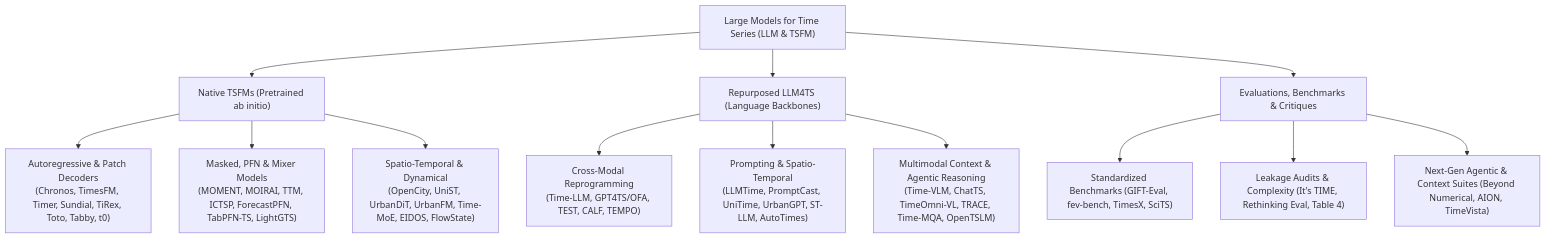
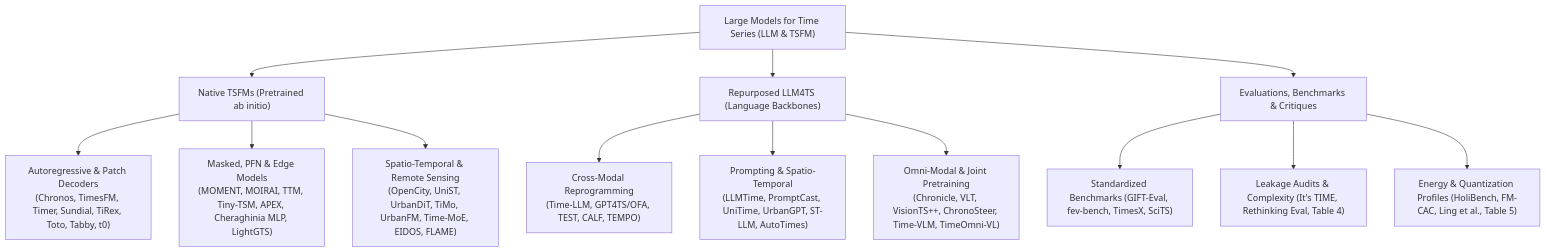
One commit to lihuirui/awesome-llm-time-series-foundation-models-survey changed the diagram in README.md. Above: the diagram before and after it, drawn with Mermaid. The commit also changed other lines of this file and 29 other files, not shown here.

Commit message:
feat(iter-5): omni-modal grounding, edge foundation models & energy/quantization benchmarks

````diff
--- a/README.md
+++ b/README.md
@@ -29,19 +29,19 @@
 ```mermaid
 graph TD
     Root["Large Models for Time Series (LLM & TSFM)"]
     Root --> P1["Native TSFMs (Pretrained ab initio)"]
     Root --> P2["Repurposed LLM4TS (Language Backbones)"]
     Root --> P3["Evaluations, Benchmarks & Critiques"]
 
     P1 --> P1_Dec["Autoregressive & Patch Decoders<br/>(Chronos, TimesFM, Timer, Sundial, TiRex, Toto, Tabby, t0)"]
-    P1 --> P1_Enc["Masked, PFN & Mixer Models<br/>(MOMENT, MOIRAI, TTM, ICTSP, ForecastPFN, TabPFN-TS, LightGTS)"]
-    P1 --> P1_ST["Spatio-Temporal & Dynamical<br/>(OpenCity, UniST, UrbanDiT, UrbanFM, Time-MoE, EIDOS, FlowState)"]
+    P1 --> P1_Edge["Masked, PFN & Edge Models<br/>(MOMENT, MOIRAI, TTM, Tiny-TSM, APEX, Cheraghinia MLP, LightGTS)"]
+    P1 --> P1_ST["Spatio-Temporal & Remote Sensing<br/>(OpenCity, UniST, UrbanDiT, TiMo, UrbanFM, Time-MoE, EIDOS, FLAME)"]
 
     P2 --> P2_Reprog["Cross-Modal Reprogramming<br/>(Time-LLM, GPT4TS/OFA, TEST, CALF, TEMPO)"]
     P2 --> P2_Prompt["Prompting & Spatio-Temporal<br/>(LLMTime, PromptCast, UniTime, UrbanGPT, ST-LLM, AutoTimes)"]
-    P2 --> P2_Multi["Multimodal Context & Agentic Reasoning<br/>(Time-VLM, ChatTS, TimeOmni-VL, TRACE, Time-MQA, OpenTSLM)"]
+    P2 --> P2_Omni["Omni-Modal & Joint Pretraining<br/>(Chronicle, VLT, VisionTS++, ChronoSteer, Time-VLM, TimeOmni-VL)"]
 
     P3 --> P3_Bench["Standardized Benchmarks (GIFT-Eval, fev-bench, TimesX, SciTS)"]
     P3 --> P3_Audit["Leakage Audits & Complexity (It's TIME, Rethinking Eval, Table 4)"]
-    P3 --> P3_Agent["Next-Gen Agentic & Context Suites (Beyond Numerical, AION, TimeVista)"]
+    P3 --> P3_Energy["Energy & Quantization Profiles (HoliBench, FM-CAC, Ling et al., Table 5)"]
 ```
````
